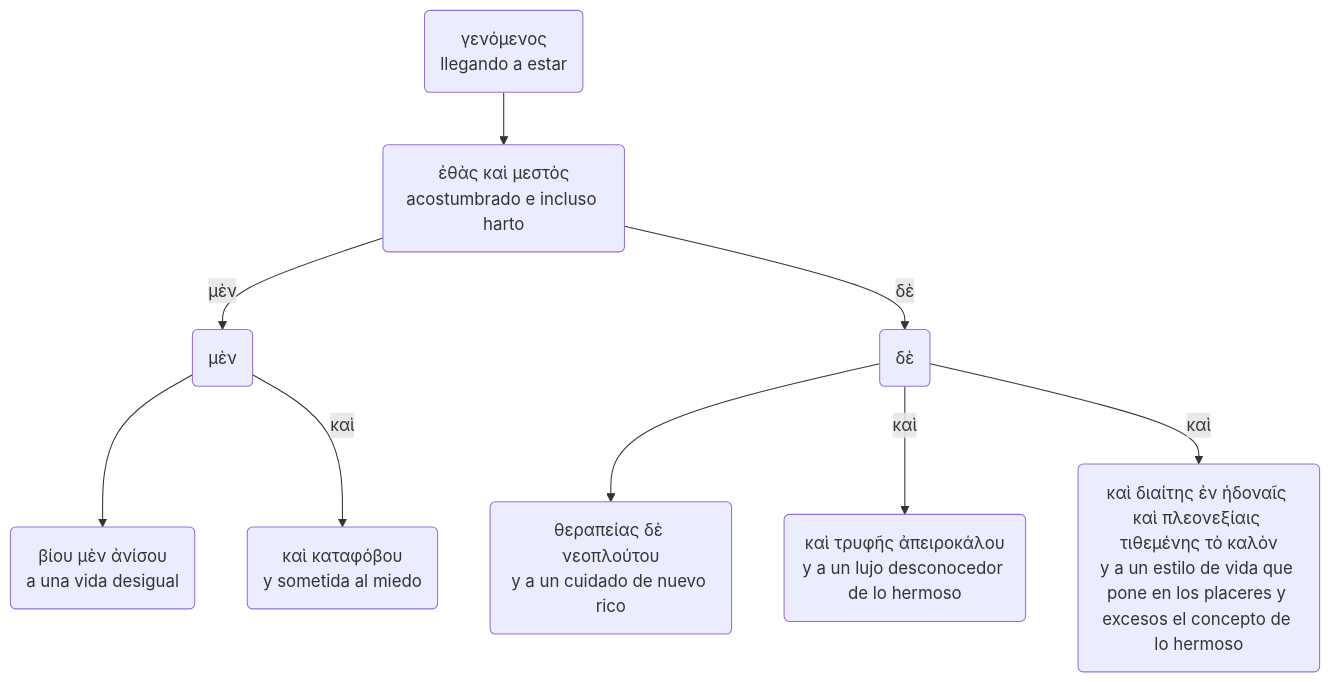
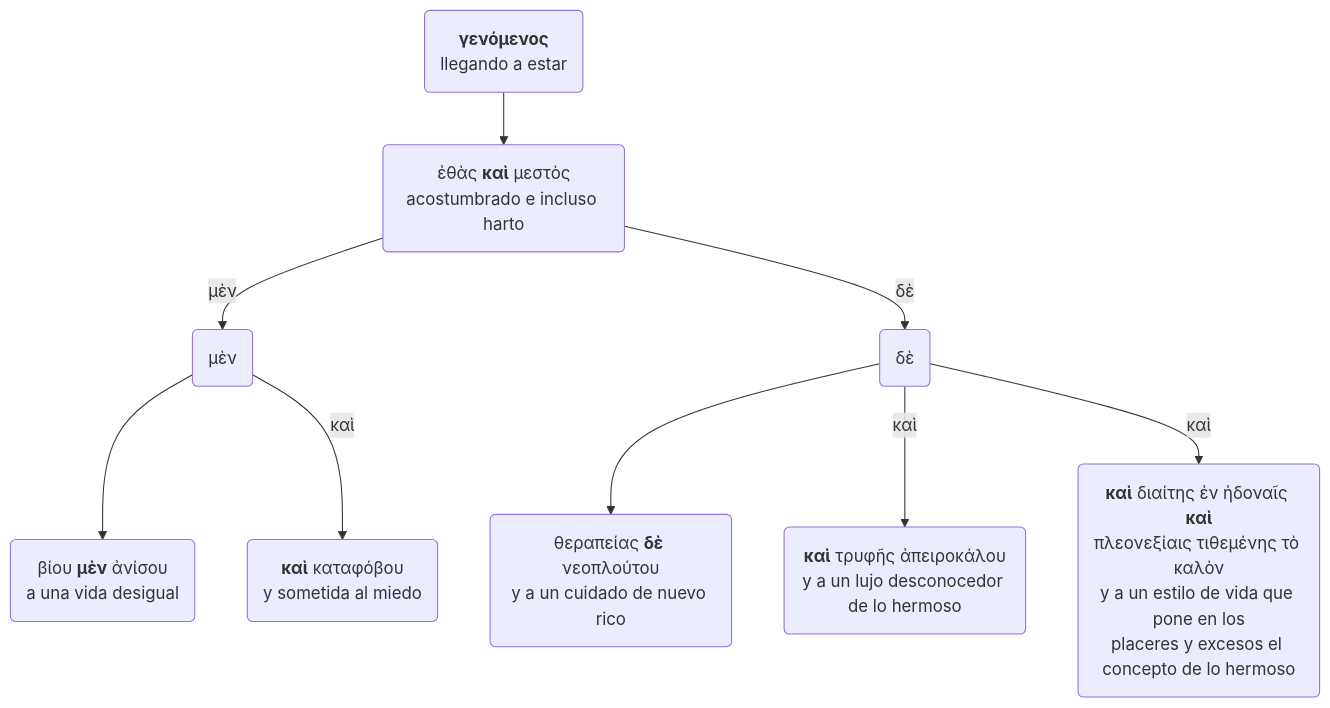
Before and after one commit to pajaro1966/Asignaturas: diagram 27 of 54 in docs/Plutarch_Dion/Dion.md, drawn with Mermaid. The commit also changed other lines of this file and 79 other files, not shown here.

````diff
--- a/docs/Plutarch_Dion/Dion.md
+++ b/docs/Plutarch_Dion/Dion.md
@@ -500,20 +626,10 @@
     ```mermaid
-
     graph TB
-    
-    A("γενόμενος
-    llegando a estar") --> B("ἐθὰς καὶ μεστὸς
-    acostumbrado e incluso harto")
-    B-->|"μὲν"|C("μὲν")-->C1("βίου μὲν ἀνίσου
-    a una vida desigual")
-    C-->|"καὶ"|C2("καὶ καταφόβου
-    y sometida al miedo")
+    A("<b>γενόμενος</b><br>llegando a estar") --> B("ἐθὰς <b>καὶ</b> μεστὸς<br>acostumbrado e incluso harto")
+    B-->|"μὲν"|C("μὲν")-->C1("βίου <b>μὲν</b> ἀνίσου<br>a una vida desigual")
+    C-->|"καὶ"|C2("<b>καὶ</b> καταφόβου<br>y sometida al miedo")
     B-->|"δὲ"|D("δὲ")
-    D-->D1("θεραπείας δὲ νεοπλούτου
-    y a un cuidado de nuevo rico")
-    D-->|"καὶ"|D2("καὶ τρυφῆς ἀπειροκάλου
-    y a un lujo desconocedor de lo hermoso")
-    D-->|"καὶ"|D3("καὶ διαίτης ἐν ἡδοναῖς καὶ πλεονεξίαις τιθεμένης τὸ καλὸν
-    y a un estilo de vida que pone en los placeres y excesos el concepto de lo hermoso")
-    
+    D-->D1("θεραπείας <b>δὲ</b> νεοπλούτου<br>y a un cuidado de nuevo rico")
+    D-->|"καὶ"|D2("<b>καὶ</b> τρυφῆς ἀπειροκάλου<br>y a un lujo desconocedor de lo hermoso")
+    D-->|"καὶ"|D3("<b>καὶ</b> διαίτης ἐν ἡδοναῖς <b>καὶ</b><br>πλεονεξίαις τιθεμένης τὸ καλὸν<br>y a un estilo de vida que pone en los<br>placeres y excesos el concepto de lo hermoso")
     ```
````
